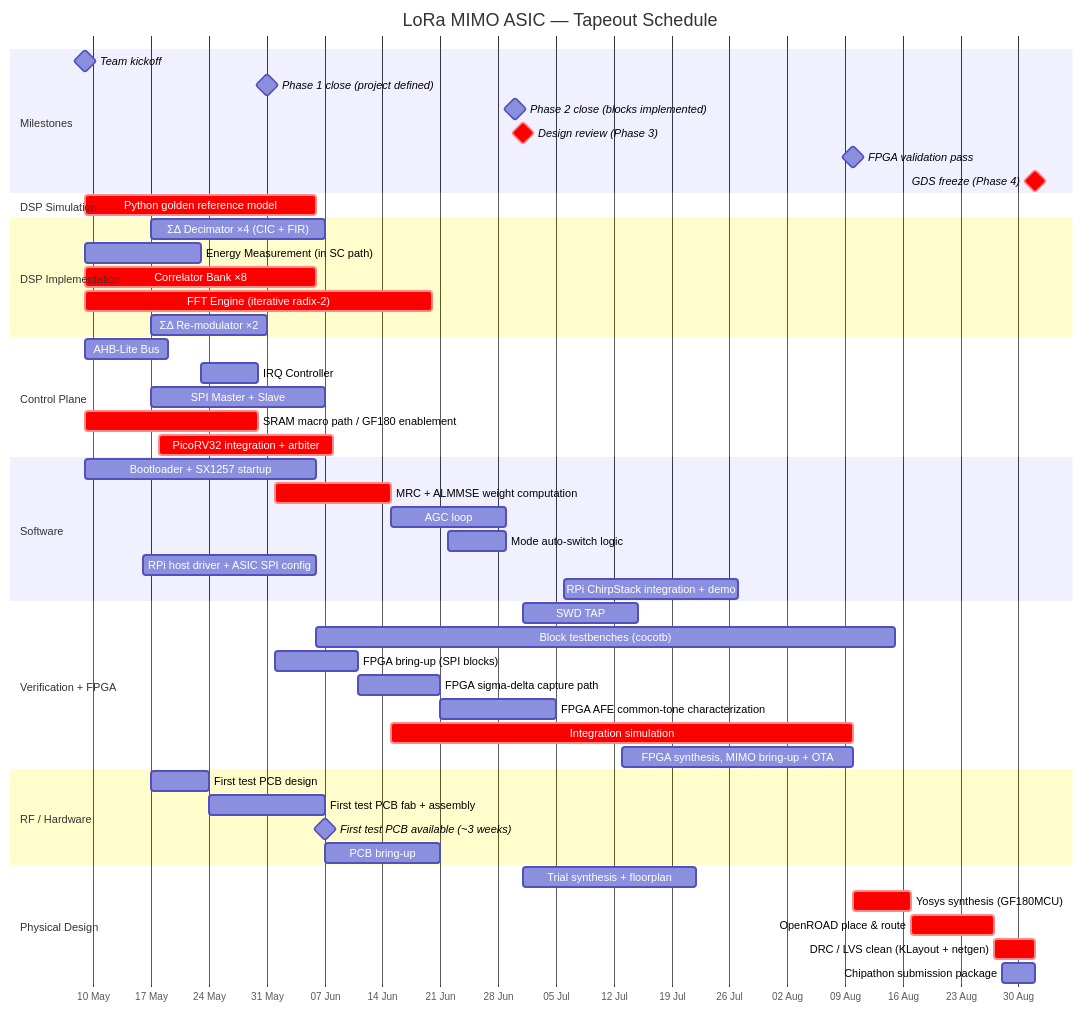
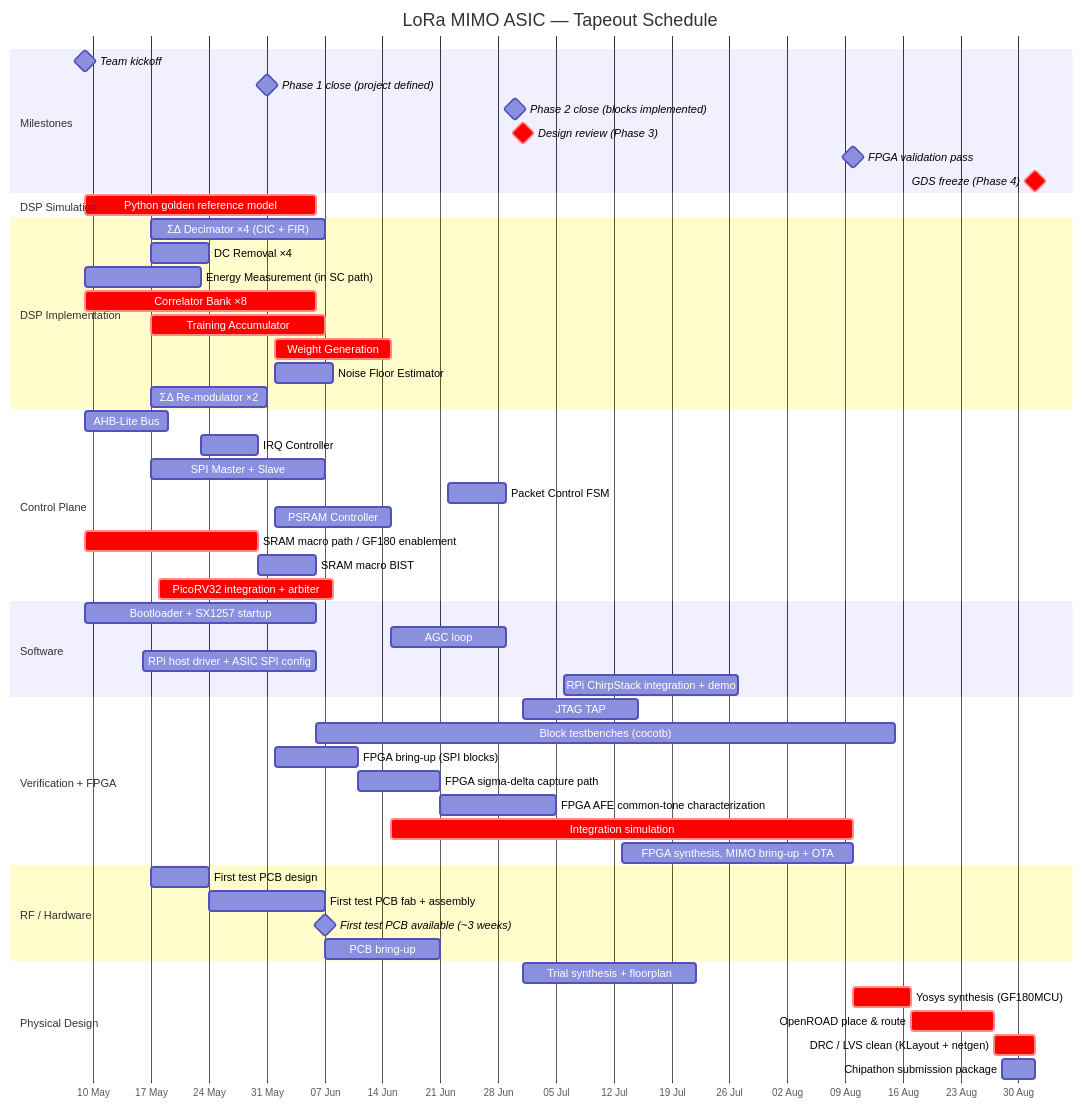
The diagram in lora-mimo/planning/Gantt.md (Sheffield-Chip-Design-Team/chipathon-2026), drawn with Mermaid before and after one commit. The commit also changed other lines of this file, not shown here.

Commit message:
Update Gantt task list

````diff
--- a/lora-mimo/planning/Gantt.md
+++ b/lora-mimo/planning/Gantt.md
@@ -9,61 +9,65 @@
 ```mermaid
 gantt
     title LoRa MIMO ASIC — Tapeout Schedule
     dateFormat  YYYY-MM-DD
     axisFormat  %d %b
 
     section Milestones
     Team kickoff                         :milestone, m1, 2026-05-09, 0d
     Phase 1 close (project defined)      :milestone, m_p1, 2026-05-31, 0d
     Phase 2 close (blocks implemented)   :milestone, m_p2, 2026-06-30, 0d
     Design review (Phase 3)              :milestone, crit, m2, 2026-07-01, 0d
     FPGA validation pass                 :milestone, m3,     2026-08-10, 0d
     GDS freeze (Phase 4)                 :milestone, crit, m4, 2026-09-01, 0d
 
     section DSP Simulation
     Python golden reference model        :crit, vf1,  2026-05-09, 28d
 
     section DSP Implementation
     ΣΔ Decimator ×4 (CIC + FIR)         :rx1,  2026-05-17, 21d
+    DC Removal ×4                        :rx0,  2026-05-17, 7d
     Energy Measurement (in SC path)     :rx2,  2026-05-09, 14d
     Correlator Bank ×8                   :crit, rx3,  2026-05-09, 28d
-    FFT Engine (iterative radix-2)       :crit, rx4,  2026-05-09, 42d
+    Training Accumulator                 :crit, rx4,  2026-05-17, 21d
+    Weight Generation                    :crit, rx5,  2026-06-01, 14d
+    Noise Floor Estimator                :rx7,  2026-06-01, 7d
     ΣΔ Re-modulator ×2                   :rx6,  2026-05-17, 14d
 
     section Control Plane
     AHB-Lite Bus                         :cb4,  2026-05-09, 10d
     IRQ Controller                       :cb3,  2026-05-23, 7d
     SPI Master + Slave                   :cb1,  2026-05-17, 21d
+    Packet Control FSM                   :cb5,  2026-06-22, 7d
+    PSRAM Controller                     :cb6,  2026-06-01, 14d
     SRAM macro path / GF180 enablement   :crit, cm1,  2026-05-09, 21d
+    SRAM macro BIST                      :cm2,  2026-05-30, 7d
     PicoRV32 integration + arbiter       :crit, cm3,  2026-05-18, 21d
 
     section Software
     Bootloader + SX1257 startup          :fw0,  2026-05-09, 28d
-    MRC + ALMMSE weight computation      :crit, fw2,  2026-06-01, 14d
     AGC loop                             :fw4,  2026-06-15, 14d
-    Mode auto-switch logic               :fw5,  2026-06-22, 7d
     RPi host driver + ASIC SPI config    :fw6,  2026-05-16, 21d
     RPi ChirpStack integration + demo    :fw7,  2026-07-06, 21d
 
     section Verification + FPGA
-    SWD TAP                              :cm4,  2026-07-01, 14d
+    JTAG TAP                             :cm4,  2026-07-01, 14d
     Block testbenches (cocotb)           :vf2,  after vf1, 70d
     FPGA bring-up (SPI blocks)           :fp0,  2026-06-01, 10d
     FPGA sigma-delta capture path        :fp1,  2026-06-11, 10d
     FPGA AFE common-tone characterization:fp2,  2026-06-21, 14d
     Integration simulation               :crit, vf4,  2026-06-15, 56d
     FPGA synthesis, MIMO bring-up + OTA  :fp3,  2026-07-13, 28d
 
     section RF / Hardware
     First test PCB design                :hw2,  2026-05-17, 7d
     First test PCB fab + assembly        :hw3,  2026-05-24, 14d
     First test PCB available (~3 weeks)  :milestone, hw4, 2026-06-07, 0d
     PCB bring-up                         :hw5,  2026-06-07, 14d
 
     section Physical Design
     Trial synthesis + floorplan          :pd0,  2026-07-01, 21d
     Yosys synthesis (GF180MCU)           :crit, pd1,  2026-08-10, 7d
     OpenROAD place & route               :crit, pd2,  2026-08-17, 10d
     DRC / LVS clean (KLayout + netgen)   :crit, pd3,  2026-08-27, 5d
     Chipathon submission package         :pd4,  2026-08-28, 4d
 ```
````
